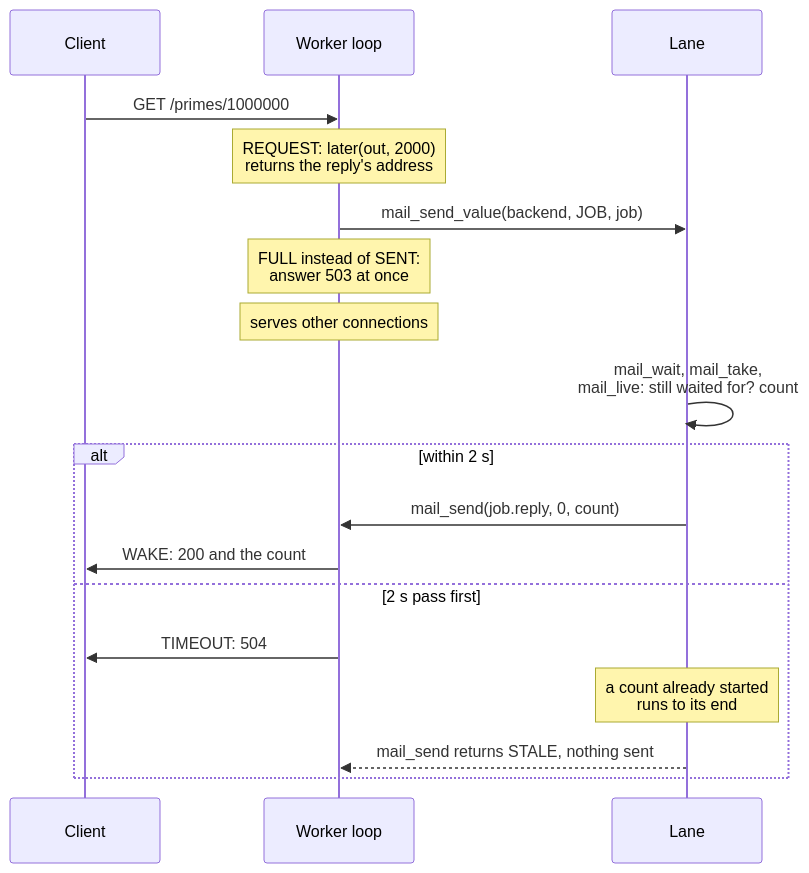
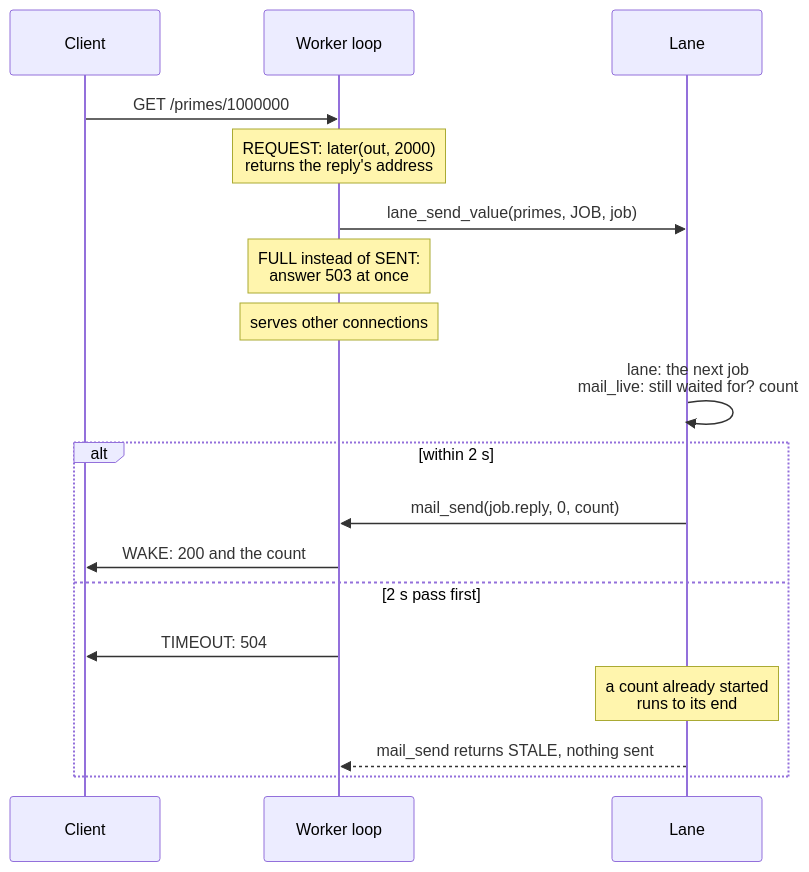
One commit to Lemon4ksan/goose-http changed the third of 3 diagrams in docs/patterns.md. Above: the diagram before and after it, drawn with Mermaid. The commit also changed other lines of this file and 13 other files, not shown here.

````diff
--- a/docs/patterns.md
+++ b/docs/patterns.md
@@ -187,20 +188,20 @@
 ```mermaid
 sequenceDiagram
     participant C as Client
     participant W as Worker loop
     participant B as Lane
     C->>W: GET /primes/1000000
     Note over W: REQUEST: later(out, 2000)<br/>returns the reply's address
-    W->>B: mail_send_value(backend, JOB, job)
+    W->>B: lane_send_value(primes, JOB, job)
     Note over W: FULL instead of SENT:<br/>answer 503 at once
     Note over W: serves other connections
-    B->>B: mail_wait, mail_take,<br/>mail_live: still waited for? count
+    B->>B: lane: the next job<br/>mail_live: still waited for? count
     alt within 2 s
         B->>W: mail_send(job.reply, 0, count)
         W->>C: WAKE: 200 and the count
     else 2 s pass first
         W->>C: TIMEOUT: 504
         Note over B: a count already started<br/>runs to its end
         B-->>W: mail_send returns STALE, nothing sent
     end
 ```
````
